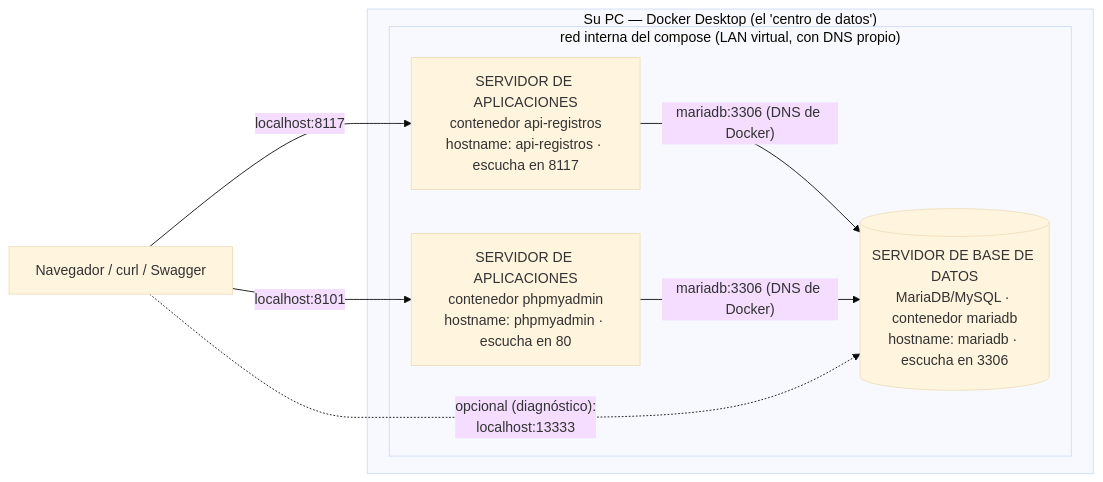
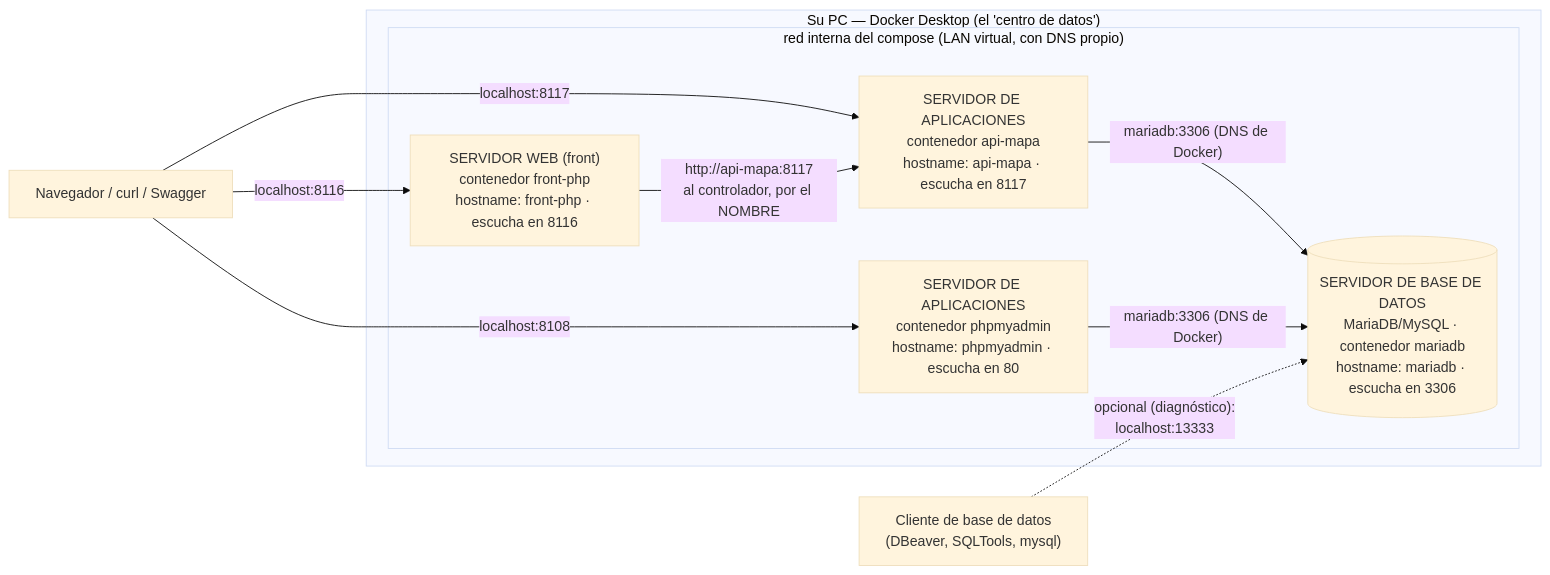
Before and after one commit to ccastro2050/proyecto_php_gestion_mapa_conocimiento1: the first of 2 diagrams in docs/CONCEPTOS_DOCKER.md, drawn with Mermaid (base theme). The commit also changed other lines of this file, not shown here.

First line of the commit message:
docs(docker): el diagrama sale del docker-compose real, y ninguna flecha miente

````diff
--- a/docs/CONCEPTOS_DOCKER.md
+++ b/docs/CONCEPTOS_DOCKER.md
@@ -196,16 +196,20 @@
 ```mermaid
 flowchart LR
     NAV["Navegador / curl / Swagger"]
+    CLIENTE["Cliente de base de datos<br/>(DBeaver, SQLTools, mysql)"]
     subgraph PC["Su PC — Docker Desktop (el 'centro de datos')"]
         subgraph RED["red interna del compose (LAN virtual, con DNS propio)"]
-            APIFACTURAS["SERVIDOR DE APLICACIONES<br/>contenedor api-registros<br/>hostname: api-registros · escucha en 8117"]
+            FRONTPHP["SERVIDOR WEB (front)<br/>contenedor front-php<br/>hostname: front-php · escucha en 8116"]
+            APIMAPA["SERVIDOR DE APLICACIONES<br/>contenedor api-mapa<br/>hostname: api-mapa · escucha en 8117"]
             PHPMYADMIN["SERVIDOR DE APLICACIONES<br/>contenedor phpmyadmin<br/>hostname: phpmyadmin · escucha en 80"]
             MARIADB[("SERVIDOR DE BASE DE DATOS<br/>MariaDB/MySQL · contenedor mariadb<br/>hostname: mariadb · escucha en 3306")]
         end
     end
-    NAV -->|"localhost:8117"| APIFACTURAS
-    NAV -->|"localhost:8101"| PHPMYADMIN
-    APIFACTURAS -->|"mariadb:3306 (DNS de Docker)"| MARIADB
+    NAV -->|"localhost:8117"| APIMAPA
+    NAV -->|"localhost:8116"| FRONTPHP
+    NAV -->|"localhost:8108"| PHPMYADMIN
+    APIMAPA -->|"mariadb:3306 (DNS de Docker)"| MARIADB
+    FRONTPHP -->|"http://api-mapa:8117<br/>al controlador, por el NOMBRE"| APIMAPA
     PHPMYADMIN -->|"mariadb:3306 (DNS de Docker)"| MARIADB
-    NAV -.->|"opcional (diagnóstico):<br/>localhost:13333"| MARIADB
+    CLIENTE -.->|"opcional (diagnóstico):<br/>localhost:13333"| MARIADB
 ```
````
